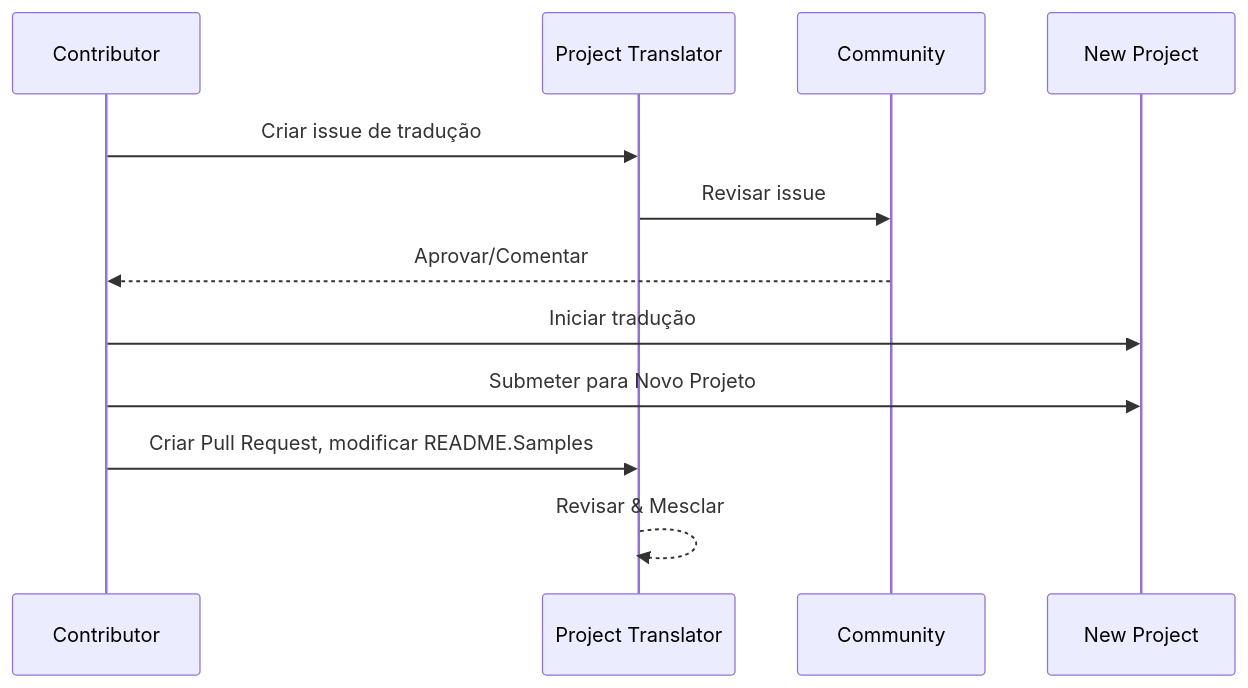
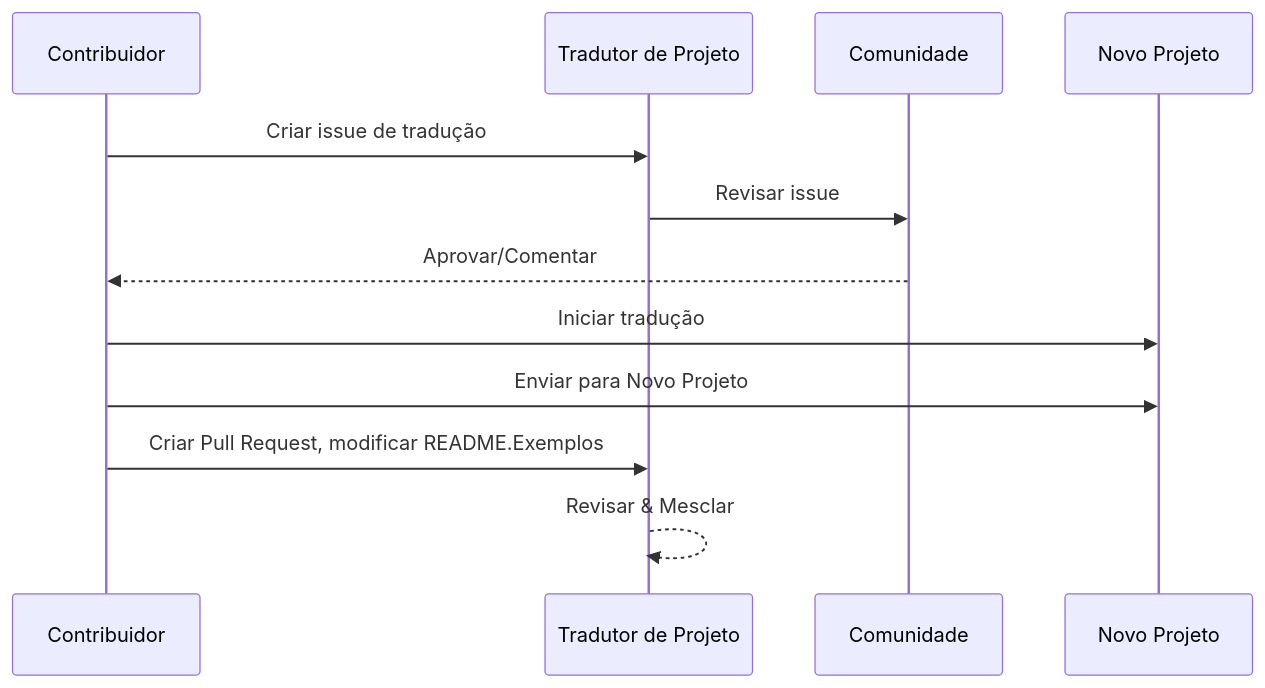
One commit to Project-Translation/project_translator changed the diagram in readmes/README.pt-br.md. Above: the diagram before and after it, drawn with Mermaid. The commit also changed other lines of this file and 52 other files, not shown here.

````diff
--- a/readmes/README.pt-br.md
+++ b/readmes/README.pt-br.md
@@ -56,10 +65,10 @@
 ```mermaid
 sequenceDiagram
-  Contributor->>Project Translator: Criar issue de tradução
-  Project Translator->>Community: Revisar issue
-  Community-->>Contributor: Aprovar/Comentar
-  Contributor->>New Project: Iniciar tradução
-  Contributor->>New Project: Submeter para Novo Projeto
-  Contributor->>Project Translator: Criar Pull Request, modificar README.Samples
-  Project Translator-->>Project Translator: Revisar & Mesclar
+  Contribuidor->>Tradutor de Projeto: Criar issue de tradução
+  Tradutor de Projeto->>Comunidade: Revisar issue
+  Comunidade-->>Contribuidor: Aprovar/Comentar
+  Contribuidor->>Novo Projeto: Iniciar tradução
+  Contribuidor->>Novo Projeto: Enviar para Novo Projeto
+  Contribuidor->>Tradutor de Projeto: Criar Pull Request, modificar README.Exemplos
+  Tradutor de Projeto-->>Tradutor de Projeto: Revisar & Mesclar
 ```
````
